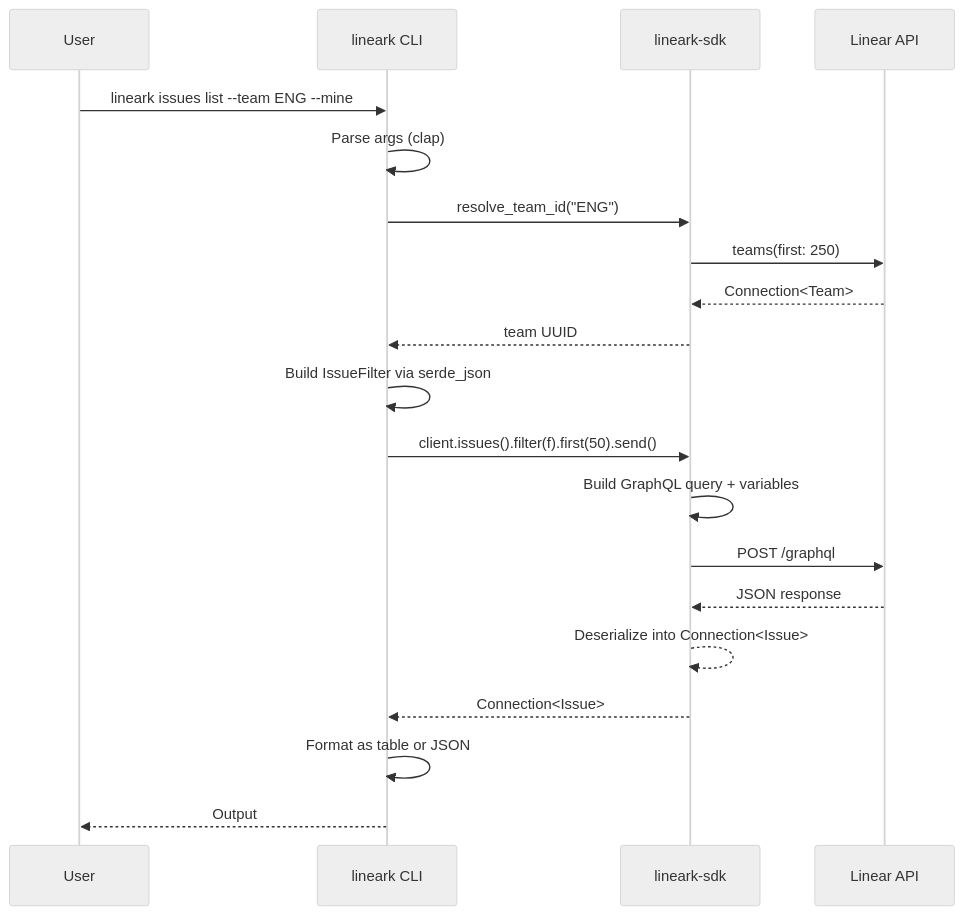
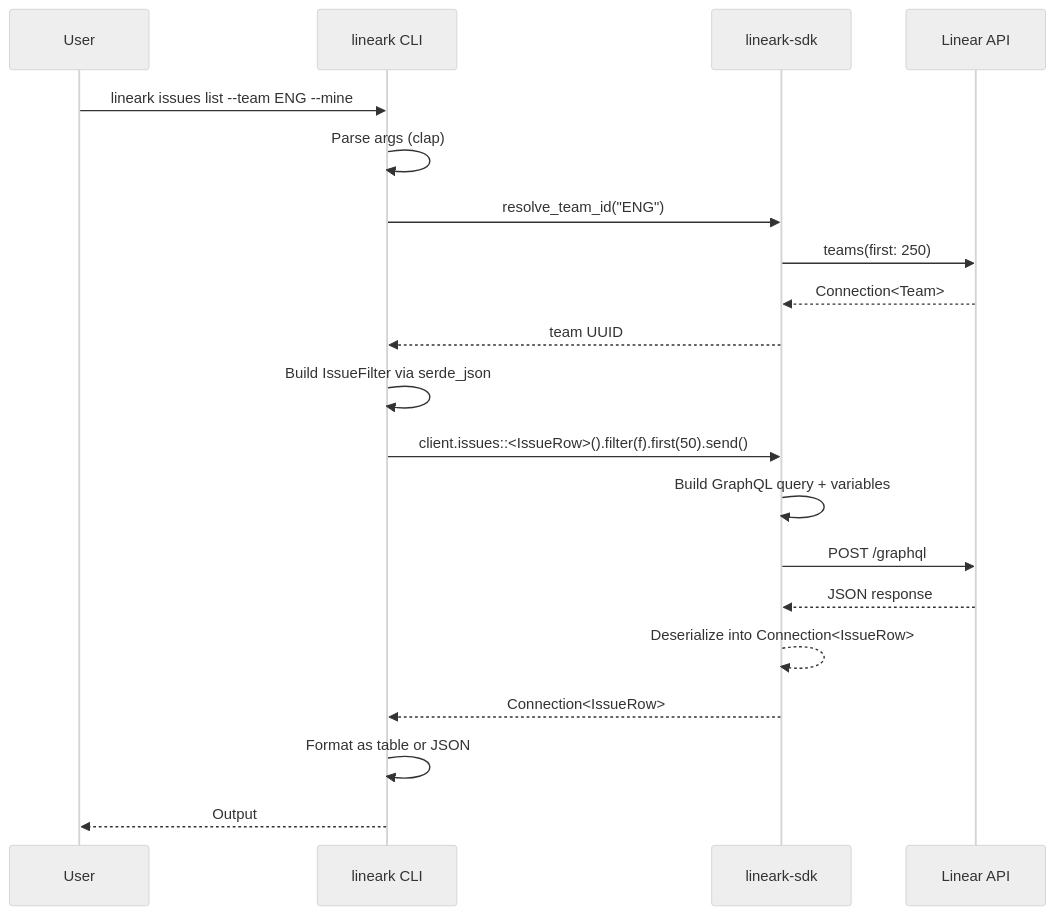
Before and after one commit to flipbit03/lineark: the fourth of 4 diagrams in README.md, drawn with Mermaid (neutral theme). The commit also changed other lines of this file and 39 other files, not shown here.

````diff
--- a/README.md
+++ b/README.md
@@ -230,25 +238,25 @@
 ```mermaid
 sequenceDiagram
     participant User
     participant CLI as lineark CLI
     participant SDK as lineark-sdk
     participant API as Linear API
 
     User->>CLI: lineark issues list --team ENG --mine
     CLI->>CLI: Parse args (clap)
     CLI->>SDK: resolve_team_id("ENG")
     SDK->>API: teams(first: 250)
     API-->>SDK: Connection<Team>
     SDK-->>CLI: team UUID
 
     CLI->>CLI: Build IssueFilter via serde_json
-    CLI->>SDK: client.issues().filter(f).first(50).send()
+    CLI->>SDK: client.issues::<IssueRow>().filter(f).first(50).send()
     SDK->>SDK: Build GraphQL query + variables
     SDK->>API: POST /graphql
     API-->>SDK: JSON response
-    SDK-->>SDK: Deserialize into Connection<Issue>
-    SDK-->>CLI: Connection<Issue>
+    SDK-->>SDK: Deserialize into Connection<IssueRow>
+    SDK-->>CLI: Connection<IssueRow>
 
     CLI->>CLI: Format as table or JSON
     CLI-->>User: Output
 ```
````
